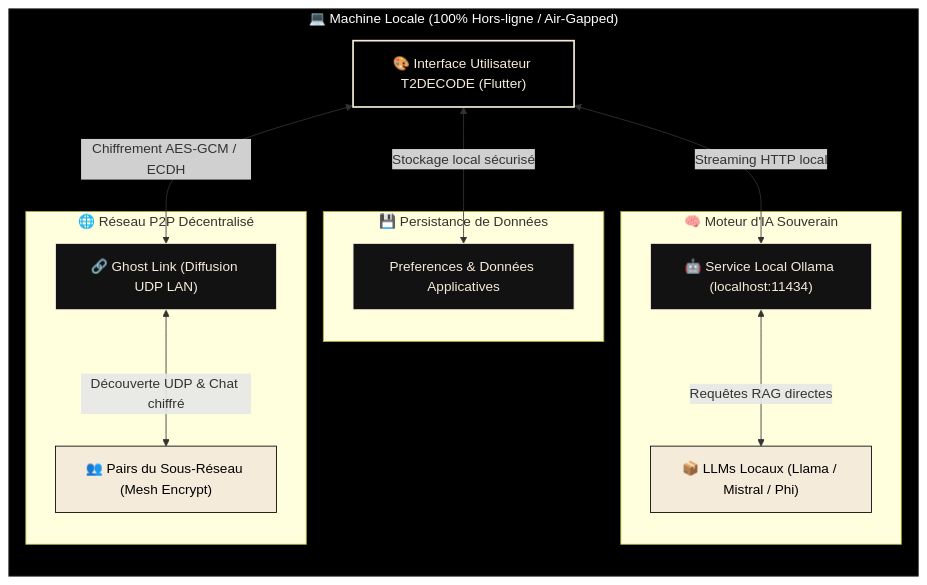
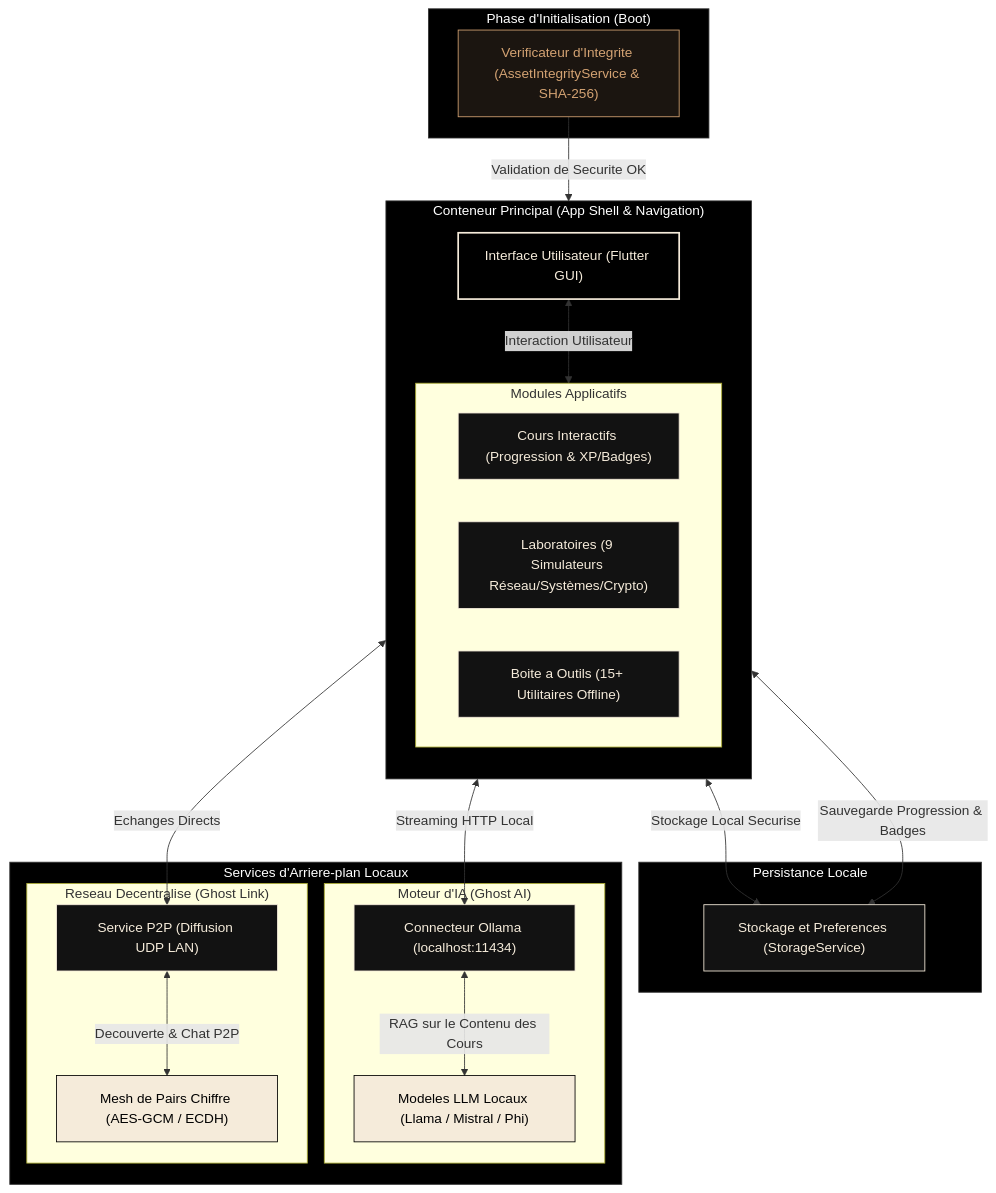
The diagram in README.md (TUTODECODE-FR/T2DECODE), drawn with Mermaid before and after one commit.

Commit message:
docs: refine architecture diagram to cover all key modules and remove emojis

````diff
--- a/README.md
+++ b/README.md
@@ -44,37 +44,58 @@
 ```mermaid
 flowchart TB
-    subgraph Client ["💻 Machine Locale (100% Hors-ligne / Air-Gapped)"]
+    subgraph Boot ["Phase d'Initialisation (Boot)"]
+        Verify["Verificateur d'Integrite (AssetIntegrityService & SHA-256)"]
+    end
+
+    subgraph AppShell ["Conteneur Principal (App Shell & Navigation)"]
         direction TB
-        App["🎨 Interface Utilisateur T2DECODE (Flutter)"]
+        UI["Interface Utilisateur (Flutter GUI)"]
         
-        subgraph Storage ["💾 Persistance de Données"]
-            DB["Preferences & Données Applicatives"]
-        end
-        
-        subgraph AI ["🧠 Moteur d'IA Souverain"]
-            Ollama["🤖 Service Local Ollama (localhost:11434)"]
-            Models["📦 LLMs Locaux (Llama / Mistral / Phi)"]
-        end
-        
-        subgraph Network ["🌐 Réseau P2P Décentralisé"]
-            P2P["🔗 Ghost Link (Diffusion UDP LAN)"]
-            Peers["👥 Pairs du Sous-Réseau (Mesh Encrypt)"]
+        subgraph Features ["Modules Applicatifs"]
+            direction LR
+            Courses["Cours Interactifs (Progression & XP/Badges)"]
+            Labs["Laboratoires (9 Simulateurs Réseau/Systèmes/Crypto)"]
+            Tools["Boite a Outils (15+ Utilitaires Offline)"]
         end
     end
 
-    App <-->|Stockage local sécurisé| DB
-    App <-->|Streaming HTTP local| Ollama
-    Ollama <-->|Requêtes RAG directes| Models
-    App <-->|Chiffrement AES-GCM / ECDH| P2P
-    P2P <-->|Découverte UDP & Chat chiffré| Peers
+    subgraph LocalStorage ["Persistance Locale"]
+        DB["Stockage et Preferences (StorageService)"]
+    end
+
+    subgraph localServices ["Services d'Arriere-plan Locaux"]
+        subgraph AISubsystem ["Moteur d'IA (Ghost AI)"]
+            Ollama["Connecteur Ollama (localhost:11434)"]
+            LLM["Modeles LLM Locaux (Llama / Mistral / Phi)"]
+        end
+        
+        subgraph NetworkSubsystem ["Reseau Decentralise (Ghost Link)"]
+            P2P["Service P2P (Diffusion UDP LAN)"]
+            Peers["Mesh de Pairs Chiffre (AES-GCM / ECDH)"]
+        end
+    end
+
+    Verify -->|Validation de Securite OK| UI
+    UI <-->|Interaction Utilisateur| Features
+    
+    UI <-->|Stockage Local Securise| DB
+    Courses <-->|Sauvegarde Progression & Badges| DB
+    
+    UI <-->|Streaming HTTP Local| Ollama
+    Ollama <-->|RAG sur le Contenu des Cours| LLM
+    
+    UI <-->|Echanges Directs| P2P
+    P2P <-->|Decouverte & Chat P2P| Peers
 
     classDef default fill:#121212,stroke:#F5EBDA,stroke-width:1px,color:#F5EBDA;
     classDef primary fill:#000000,stroke:#F5EBDA,stroke-width:2px,color:#F5EBDA;
     classDef accent fill:#F5EBDA,stroke:#000000,stroke-width:1px,color:#000000;
     classDef container fill:#000000,stroke:#333333,stroke-width:1px,color:#FFFFFF;
+    classDef security fill:#1b1510,stroke:#d4a373,stroke-width:1px,color:#d4a373;
     
-    class App primary;
-    class DB,Ollama,P2P default;
-    class Models,Peers accent;
-    class Client container;
+    class UI primary;
+    class Courses,Labs,Tools,DB,Ollama,P2P default;
+    class LLM,Peers accent;
+    class Verify security;
+    class Boot,AppShell,LocalStorage,localServices container;
 ```
````
